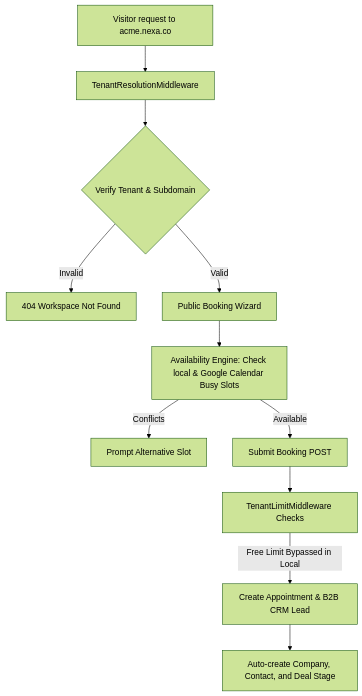
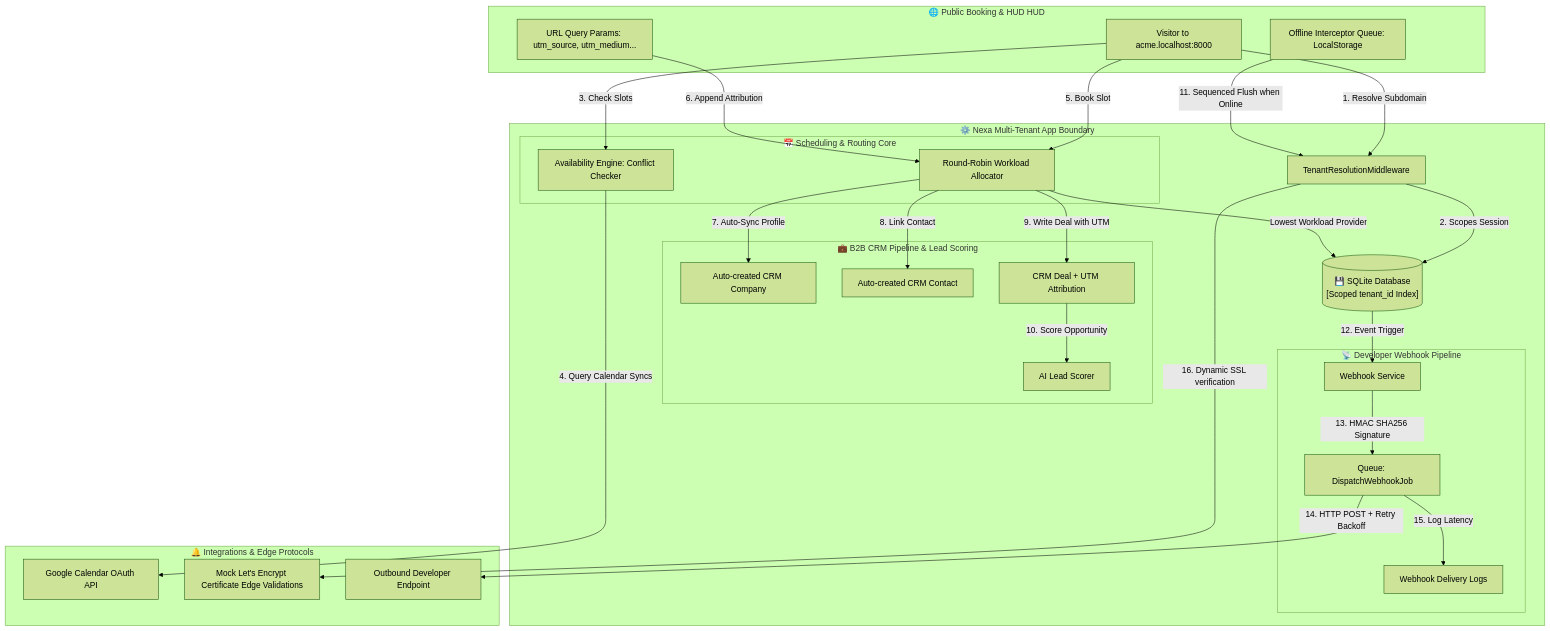
Before and after one commit to Hubrisdog/nexa: the diagram in README.md, drawn with Mermaid (forest theme). The commit also changed other lines of this file and 18 other files, not shown here.

````diff
--- a/README.md
+++ b/README.md
@@ -58,13 +62,70 @@
 ```mermaid
-graph TD
-    A[Visitor request to acme.nexa.co] --> B[TenantResolutionMiddleware]
-    B --> C{Verify Tenant & Subdomain}
-    C -->|Invalid| D[404 Workspace Not Found]
-    C -->|Valid| E[Public Booking Wizard]
-    E --> F[Availability Engine: Check local & Google Calendar Busy Slots]
-    F -->|Conflicts| G[Prompt Alternative Slot]
-    F -->|Available| H[Submit Booking POST]
-    H --> I[TenantLimitMiddleware Checks]
-    I -->|Free Limit Bypassed in Local| J[Create Appointment & B2B CRM Lead]
-    J --> K[Auto-create Company, Contact, and Deal Stage]
+flowchart TD
+    subgraph ClientLayer["🌐 Public Booking & HUD HUD"]
+        A[Visitor to acme.localhost:8000]
+        U[URL Query Params: utm_source, utm_medium...]
+        O[Offline Interceptor Queue: LocalStorage]
+    end
+
+    subgraph AppBoundary["⚙️ Nexa Multi-Tenant App Boundary"]
+        B[TenantResolutionMiddleware]
+        
+        subgraph SchedulingEngine["📅 Scheduling & Routing Core"]
+            AE[Availability Engine: Conflict Checker]
+            RR[Round-Robin Workload Allocator]
+        end
+
+        subgraph CRM["💼 B2B CRM Pipeline & Lead Scoring"]
+            C[Auto-created CRM Company]
+            D[Auto-created CRM Contact]
+            E[CRM Deal + UTM Attribution]
+            S[AI Lead Scorer]
+        end
+
+        db[("💾 SQLite Database <br> [Scoped tenant_id Index]")]
+        
+        subgraph DeveloperWebhooks["📡 Developer Webhook Pipeline"]
+            WS[Webhook Service]
+            QJ[Queue: DispatchWebhookJob]
+            WL[Webhook Delivery Logs]
+        end
+    end
+
+    subgraph External["🔔 Integrations & Edge Protocols"]
+        G[Google Calendar OAuth API]
+        LE[Mock Let's Encrypt Certificate Edge Validations]
+        R[Outbound Developer Endpoint]
+    end
+
+    %% Routing
+    A -->|1. Resolve Subdomain| B
+    B -->|2. Scopes Session| db
+    
+    %% Booking wizard
+    A -->|3. Check Slots| AE
+    AE -->|4. Query Calendar Syncs| G
+    
+    A -->|5. Book Slot| RR
+    U -->|6. Append Attribution| RR
+    
+    %% Round-Robin workload selection
+    RR -->|Lowest Workload Provider| db
+    
+    %% CRM and Attribution
+    RR -->|7. Auto-Sync Profile| C
+    RR -->|8. Link Contact| D
+    RR -->|9. Write Deal with UTM| E
+    E -->|10. Score Opportunity| S
+    
+    %% Offline Syncing
+    O -->|11. Sequenced Flush when Online| B
+    
+    %% Outbound Webhooks
+    db -->|12. Event Trigger| WS
+    WS -->|13. HMAC SHA256 Signature| QJ
+    QJ -->|14. HTTP POST + Retry Backoff| R
+    QJ -->|15. Log Latency| WL
+    
+    %% SSL Provisioning
+    B -->|16. Dynamic SSL verification| LE
 ```
````
